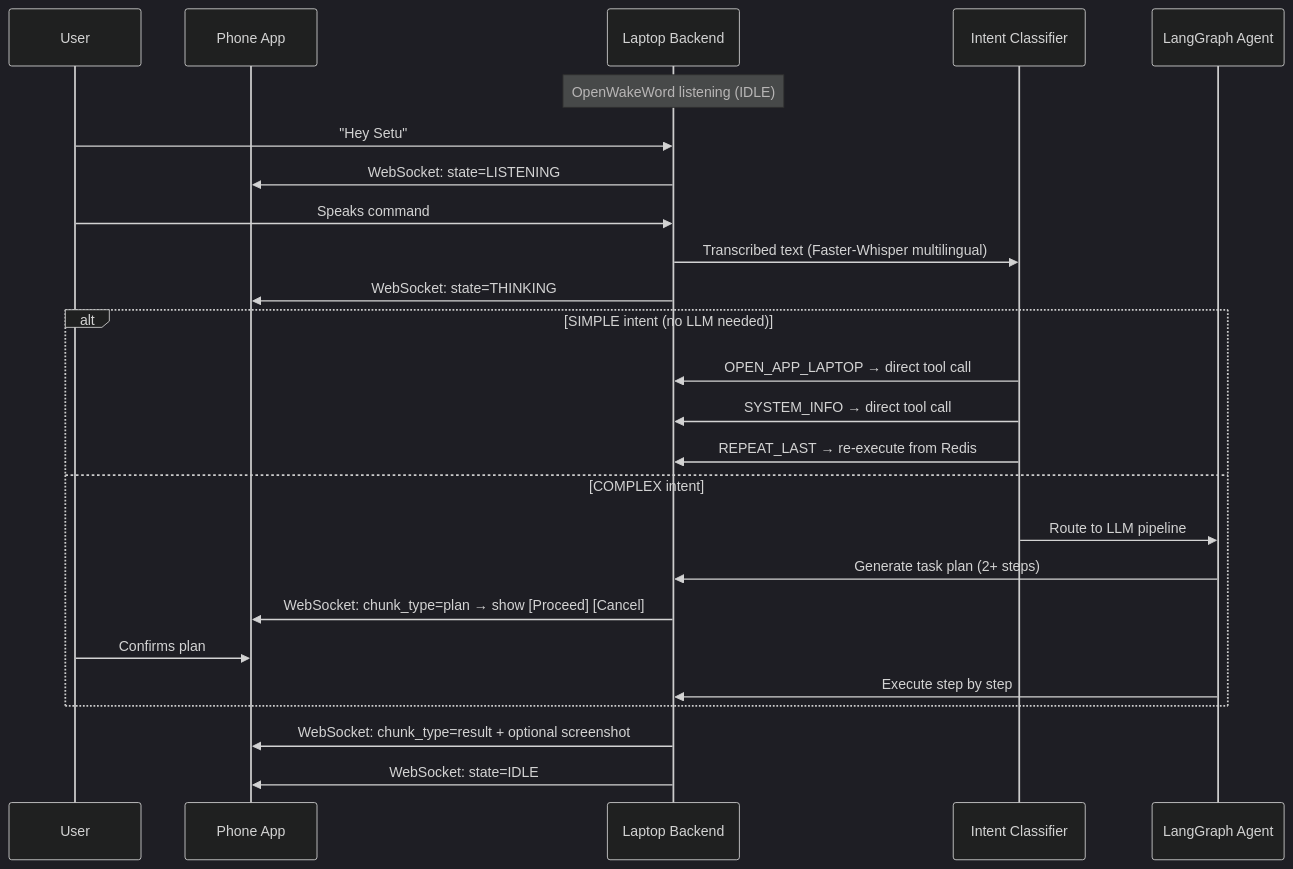
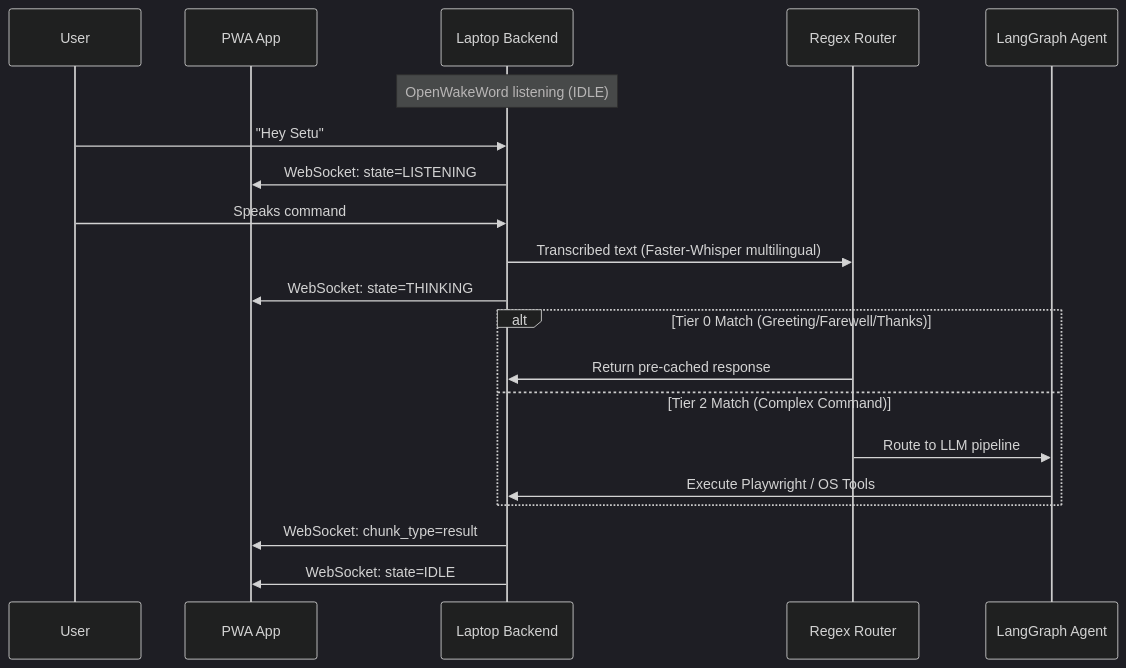
The second of 6 diagrams in docs/APP_FLOW.md (Dhairya2112/SETU), drawn with Mermaid (dark theme) before and after one commit. The commit also changed other lines of this file and 40 other files, not shown here.

````diff
--- a/docs/APP_FLOW.md
+++ b/docs/APP_FLOW.md
@@ -45,30 +40,25 @@
 ```mermaid
 sequenceDiagram
     participant User
-    participant Phone App
+    participant PWA App
     participant Laptop Backend
-    participant Intent Classifier
+    participant Regex Router
     participant LangGraph Agent
 
     Note over Laptop Backend: OpenWakeWord listening (IDLE)
     User->>Laptop Backend: "Hey Setu"
-    Laptop Backend->>Phone App: WebSocket: state=LISTENING
+    Laptop Backend->>PWA App: WebSocket: state=LISTENING
     User->>Laptop Backend: Speaks command
-    Laptop Backend->>Intent Classifier: Transcribed text (Faster-Whisper multilingual)
-    Laptop Backend->>Phone App: WebSocket: state=THINKING
+    Laptop Backend->>Regex Router: Transcribed text (Faster-Whisper multilingual)
+    Laptop Backend->>PWA App: WebSocket: state=THINKING
 
-    alt SIMPLE intent (no LLM needed)
-        Intent Classifier->>Laptop Backend: OPEN_APP_LAPTOP → direct tool call
-        Intent Classifier->>Laptop Backend: SYSTEM_INFO → direct tool call
-        Intent Classifier->>Laptop Backend: REPEAT_LAST → re-execute from Redis
-    else COMPLEX intent
-        Intent Classifier->>LangGraph Agent: Route to LLM pipeline
-        LangGraph Agent->>Laptop Backend: Generate task plan (2+ steps)
-        Laptop Backend->>Phone App: WebSocket: chunk_type=plan → show [Proceed] [Cancel]
-        User->>Phone App: Confirms plan
-        LangGraph Agent->>Laptop Backend: Execute step by step
+    alt Tier 0 Match (Greeting/Farewell/Thanks)
+        Regex Router->>Laptop Backend: Return pre-cached response
+    else Tier 2 Match (Complex Command)
+        Regex Router->>LangGraph Agent: Route to LLM pipeline
+        LangGraph Agent->>Laptop Backend: Execute Playwright / OS Tools
     end
 
-    Laptop Backend->>Phone App: WebSocket: chunk_type=result + optional screenshot
-    Laptop Backend->>Phone App: WebSocket: state=IDLE
+    Laptop Backend->>PWA App: WebSocket: chunk_type=result
+    Laptop Backend->>PWA App: WebSocket: state=IDLE
 ```
````
